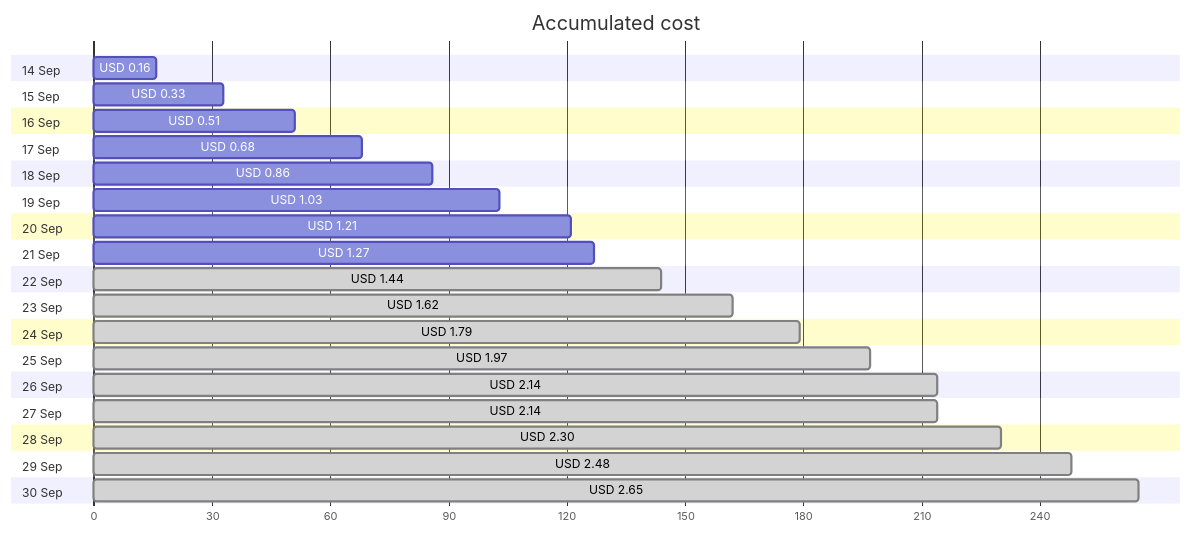
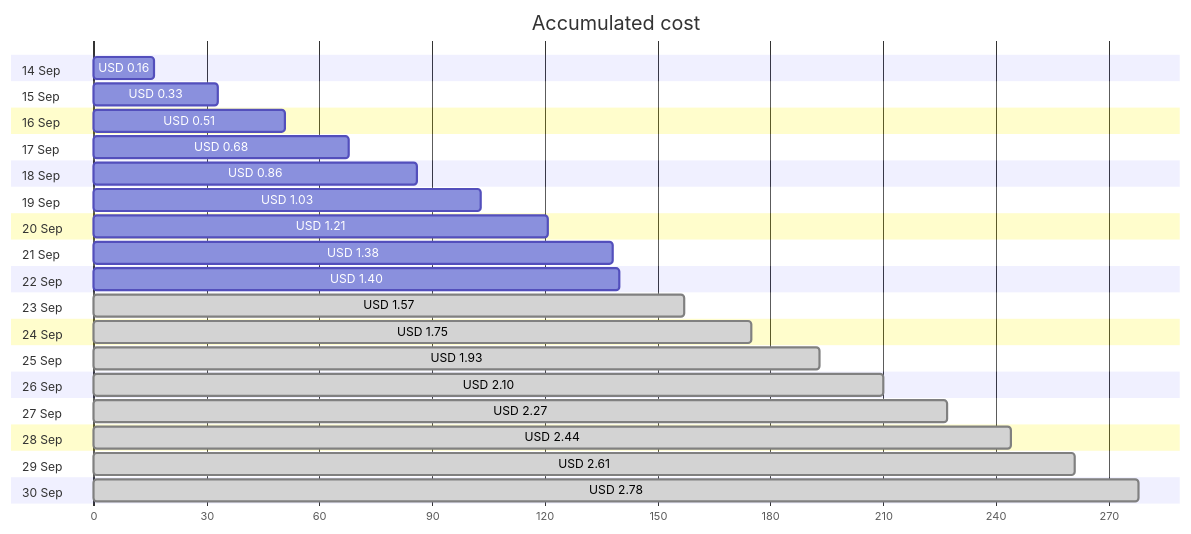
One commit to jpfulton/azure-personal-reports changed the first of 4 diagrams in cost-reports/personal-network/backup-server.md. Above: the diagram before and after it, drawn with Mermaid. The commit also changed other lines of this file and 9 other files, not shown here.

````diff
--- a/cost-reports/personal-network/backup-server.md
+++ b/cost-reports/personal-network/backup-server.md
@@ -20,40 +20,40 @@
 ```mermaid
 gantt
    title Accumulated cost
    dateFormat  X
    axisFormat %s
    section 14 Sep
    USD 0.16 :0, 16
    section 15 Sep
    USD 0.33 :0, 33
    section 16 Sep
    USD 0.51 :0, 51
    section 17 Sep
    USD 0.68 :0, 68
    section 18 Sep
    USD 0.86 :0, 86
    section 19 Sep
    USD 1.03 :0, 103
    section 20 Sep
    USD 1.21 :0, 121
    section 21 Sep
-   USD 1.27 :0, 127
+   USD 1.38 :0, 138
    section 22 Sep
-   USD 1.44 : done, 0, 144
+   USD 1.40 :0, 140
    section 23 Sep
-   USD 1.62 : done, 0, 162
+   USD 1.57 : done, 0, 157
    section 24 Sep
-   USD 1.79 : done, 0, 179
+   USD 1.75 : done, 0, 175
    section 25 Sep
-   USD 1.97 : done, 0, 197
+   USD 1.93 : done, 0, 193
    section 26 Sep
-   USD 2.14 : done, 0, 214
+   USD 2.10 : done, 0, 210
    section 27 Sep
-   USD 2.14 : done, 0, 214
+   USD 2.27 : done, 0, 227
    section 28 Sep
-   USD 2.30 : done, 0, 230
+   USD 2.44 : done, 0, 244
    section 29 Sep
-   USD 2.48 : done, 0, 248
+   USD 2.61 : done, 0, 261
    section 30 Sep
-   USD 2.65 : done, 0, 265
+   USD 2.78 : done, 0, 278
 ```
````
